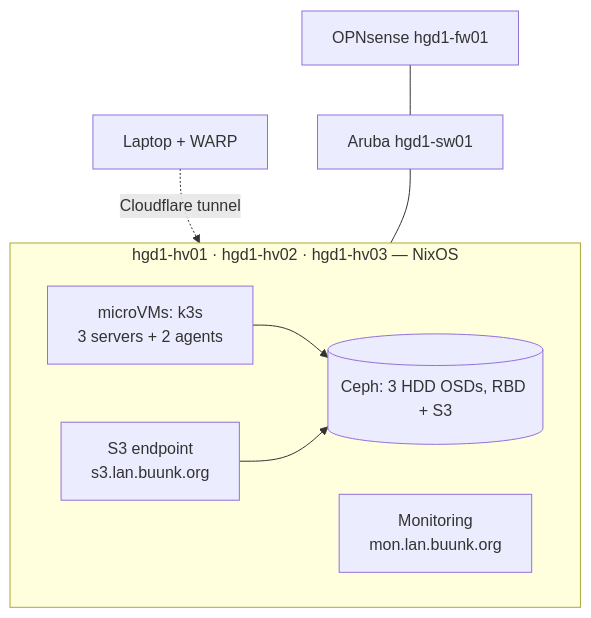
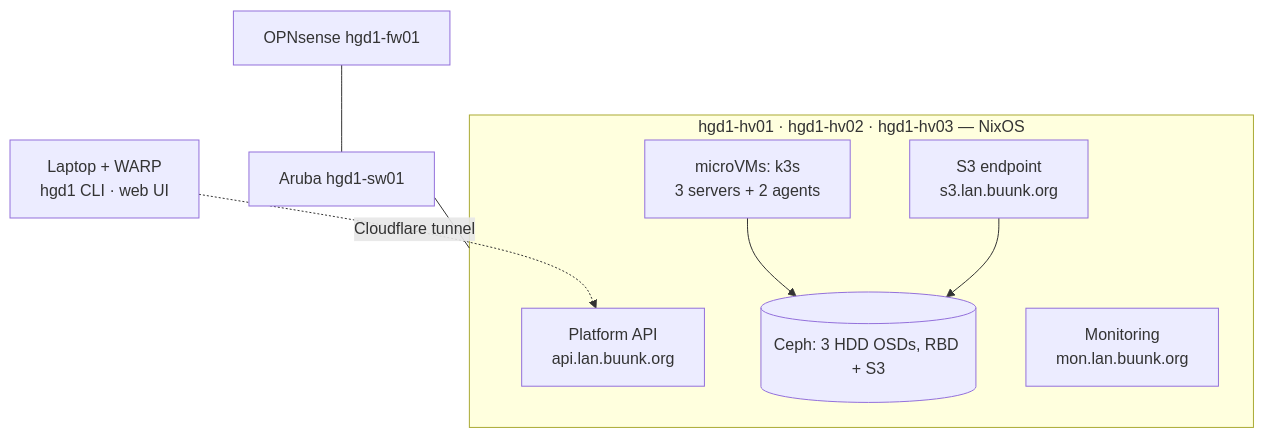
The diagram in README.md (jurrebuunk/nix-cluster), drawn with Mermaid before and after one commit. The commit also changed other lines of this file and 29 other files, not shown here.

First line of the commit message:
Docs: Platform API, CLI and web UI (step 9); drop steps 6 and 8

````diff
--- a/README.md
+++ b/README.md
@@ -33,13 +33,14 @@
 ```mermaid
 flowchart TB
-  laptop[Laptop + WARP] -. Cloudflare tunnel .-> hosts
+  laptop[Laptop + WARP<br/>hgd1 CLI · web UI] -. Cloudflare tunnel .-> api
   fw[OPNsense hgd1-fw01] --- sw[Aruba hgd1-sw01] --- hosts
   subgraph hosts [hgd1-hv01 · hgd1-hv02 · hgd1-hv03 — NixOS]
     ceph[(Ceph: 3 HDD OSDs, RBD + S3)]
     s3[S3 endpoint<br/>s3.lan.buunk.org]
     mon[Monitoring<br/>mon.lan.buunk.org]
     vms[microVMs: k3s<br/>3 servers + 2 agents]
+    api[Platform API<br/>api.lan.buunk.org]
   end
   vms --> ceph
   s3 --> ceph
 ```
````
